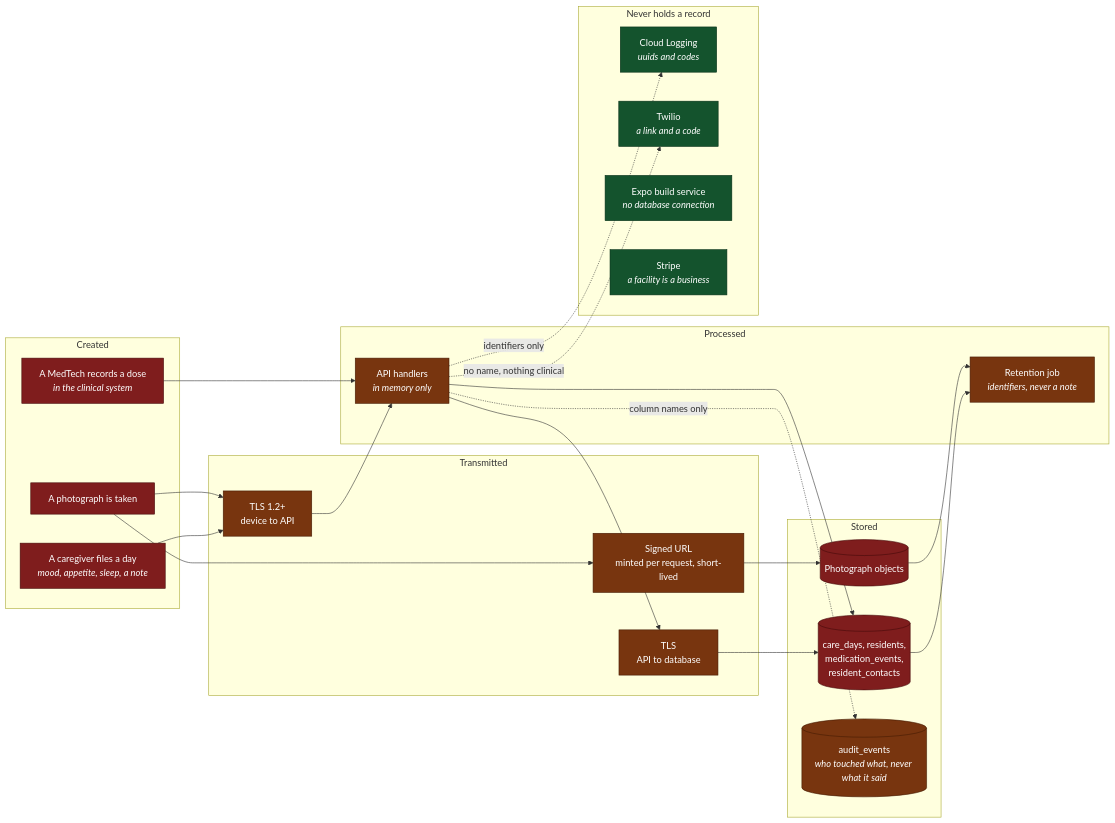
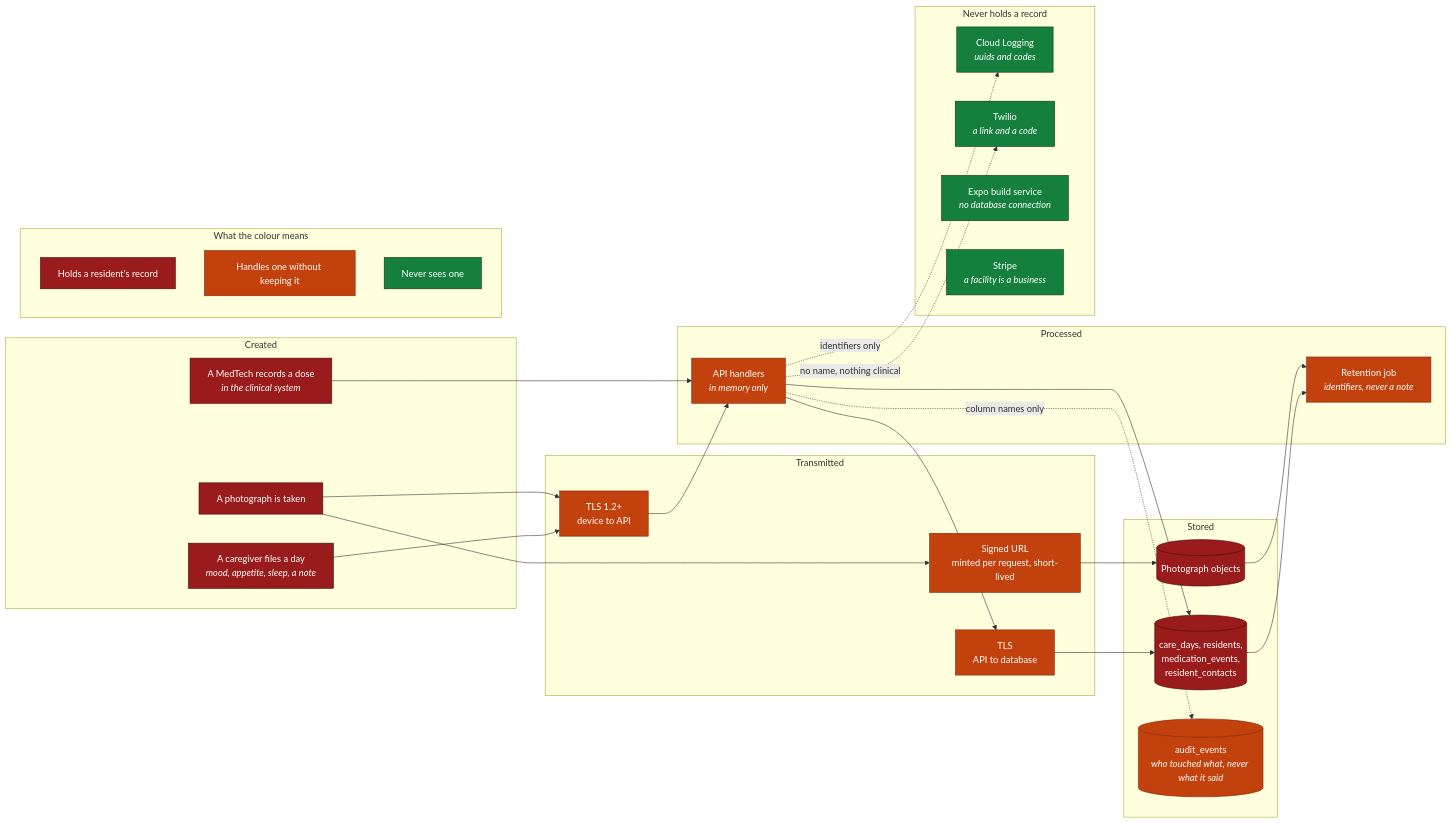
One commit to algenepulido/dailycare-mobile-local changed the second of 4 diagrams in docs/architecture/architecture-diagram.md. Above: the diagram before and after it, drawn with Mermaid. The commit also changed other lines of this file, not shown here.

Commit message:
Make the data-flow colours tell apart in a browser
Rendered rather than parsed, which is a different question. The two shades
carrying the whole meaning of the second diagram - holds a record, handles one
without keeping it - came out close enough on screen to be the same colour. Moved
apart, and the diagram now says what the colours mean inside itself rather than
only in the paragraph above it.

````diff
--- a/docs/architecture/architecture-diagram.md
+++ b/docs/architecture/architecture-diagram.md
@@ -65,50 +65,58 @@
 ```mermaid
 graph LR
   subgraph created["Created"]
     C1["A caregiver files a day<br/><i>mood, appetite, sleep, a note</i>"]
     C2["A photograph is taken"]
     C3["A MedTech records a dose<br/><i>in the clinical system</i>"]
   end
 
   subgraph transmitted["Transmitted"]
     T1["TLS 1.2+<br/>device to API"]
     T2["TLS<br/>API to database"]
     T3["Signed URL<br/>minted per request, short-lived"]
   end
 
   subgraph processed["Processed"]
     P1["API handlers<br/><i>in memory only</i>"]
     P2["Retention job<br/><i>identifiers, never a note</i>"]
   end
 
   subgraph stored["Stored"]
     S1[("care_days, residents,<br/>medication_events,<br/>resident_contacts")]
     S2[("Photograph objects")]
     S3[("audit_events<br/><i>who touched what, never what it said</i>")]
   end
 
+  subgraph legend["What the colour means"]
+    L1["Holds a resident's record"]
+    L2["Handles one without keeping it"]
+    L3["Never sees one"]
+  end
+
   subgraph never["Never holds a record"]
     N1["Cloud Logging<br/><i>uuids and codes</i>"]
     N2["Twilio<br/><i>a link and a code</i>"]
     N3["Expo build service<br/><i>no database connection</i>"]
     N4["Stripe<br/><i>a facility is a business</i>"]
   end
 
   C1 --> T1 --> P1 --> S1
   C2 --> T1
   C2 --> T3 --> S2
   C3 --> P1
   P1 --> T2 --> S1
   P1 -.->|"column names only"| S3
   P1 -.->|"identifiers only"| N1
   P1 -.->|"no name, nothing clinical"| N2
   S1 --> P2
   S2 --> P2
 
-  classDef phi fill:#7f1d1d,stroke:#450a0a,color:#fff
-  classDef near fill:#78350f,stroke:#451a03,color:#fff
-  classDef clean fill:#14532d,stroke:#052e16,color:#fff
+  classDef phi fill:#991b1b,stroke:#450a0a,color:#fff
+  classDef near fill:#c2410c,stroke:#7c2d12,color:#fff
+  classDef clean fill:#15803d,stroke:#052e16,color:#fff
   class C1,C2,C3,S1,S2 phi
   class T1,T2,T3,P1,P2,S3 near
-  class N1,N2,N3,N4 clean
+  class N1,N2,N3,N4,L3 clean
+  class L1 phi
+  class L2 near
 ```
````
